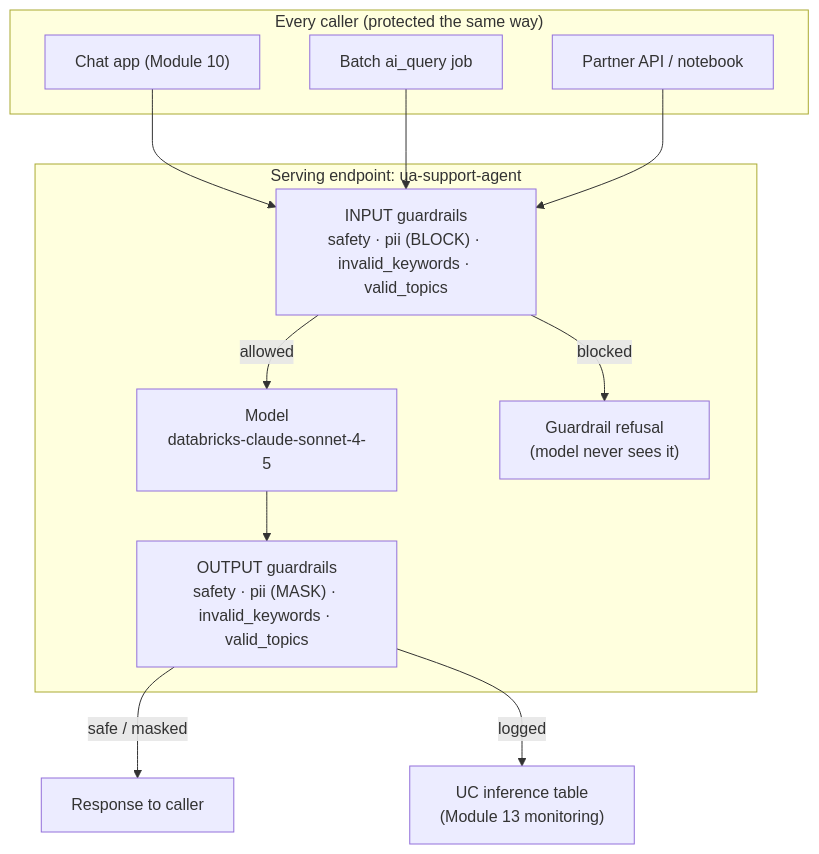
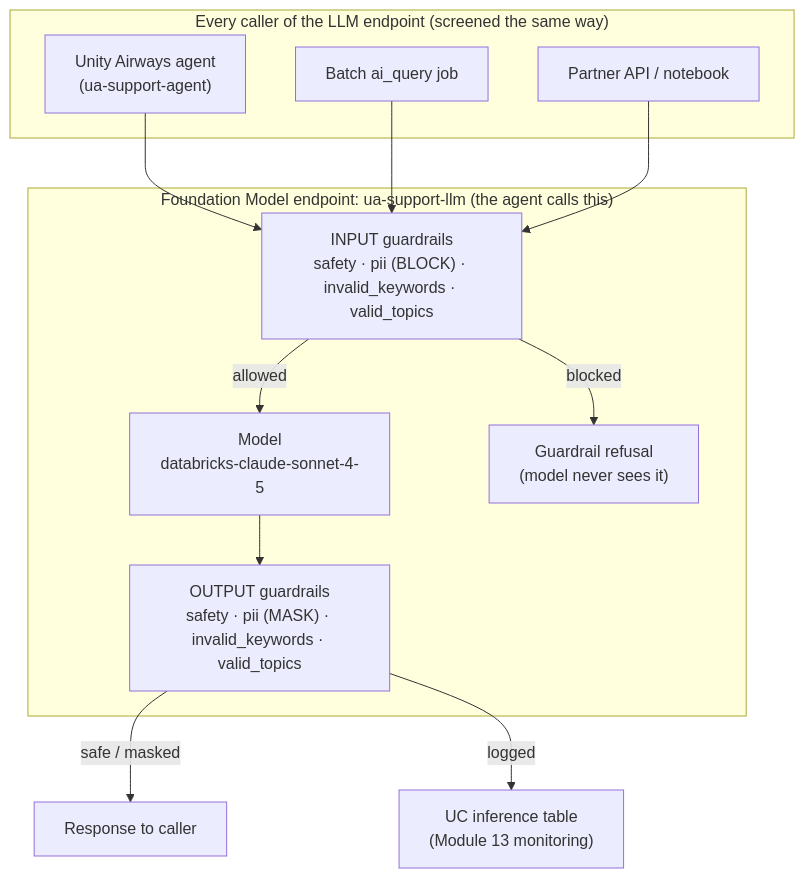
Before and after one commit to Sourav692/9.-Databricks-Generative-AI_-End-to-End: the first of 2 diagrams in modules/12-responsible-genai/ai-guardrails.md, drawn with Mermaid. The commit also changed other lines of this file and 34 other files, not shown here.

````diff
--- a/modules/12-responsible-genai/ai-guardrails.md
+++ b/modules/12-responsible-genai/ai-guardrails.md
@@ -53,21 +53,21 @@
 ```mermaid
 flowchart TB
-  subgraph CALLERS["Every caller (protected the same way)"]
-    app["Chat app (Module 10)"]
+  subgraph CALLERS["Every caller of the LLM endpoint (screened the same way)"]
+    agent["Unity Airways agent<br/>(ua-support-agent)"]
     batch["Batch ai_query job"]
     api["Partner API / notebook"]
   end
-  app --> IN
+  agent --> IN
   batch --> IN
   api --> IN
-  subgraph EP["Serving endpoint: ua-support-agent"]
+  subgraph EP["Foundation Model endpoint: ua-support-llm (the agent calls this)"]
     IN["INPUT guardrails<br/>safety · pii (BLOCK) · invalid_keywords · valid_topics"]
     M["Model<br/>databricks-claude-sonnet-4-5"]
     OUT["OUTPUT guardrails<br/>safety · pii (MASK) · invalid_keywords · valid_topics"]
     IN -->|allowed| M
     IN -->|blocked| RJ["Guardrail refusal<br/>(model never sees it)"]
     M --> OUT
   end
   OUT -->|safe / masked| RESP["Response to caller"]
   OUT -->|logged| IT["UC inference table<br/>(Module 13 monitoring)"]
 ```
````
